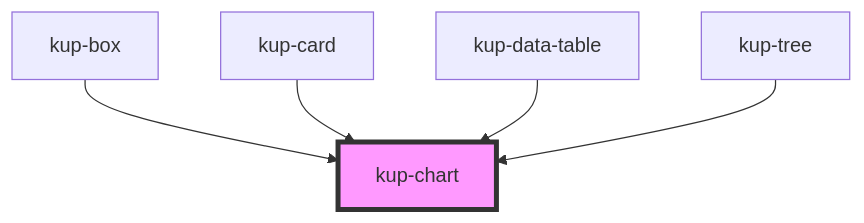
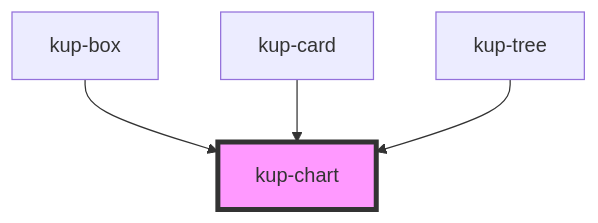
Before and after one commit to smeup/ketchup: the diagram in packages/ketchup/src/components/kup-chart/readme.md, drawn with Mermaid. The commit also changed other lines of this file and 9 other files, not shown here.

````diff
--- a/packages/ketchup/src/components/kup-chart/readme.md
+++ b/packages/ketchup/src/components/kup-chart/readme.md
@@ -63,8 +62,7 @@
 ```mermaid
 graph TD;
   kup-box --> kup-chart
   kup-card --> kup-chart
-  kup-data-table --> kup-chart
   kup-tree --> kup-chart
   style kup-chart fill:#f9f,stroke:#333,stroke-width:4px
 ```
````
